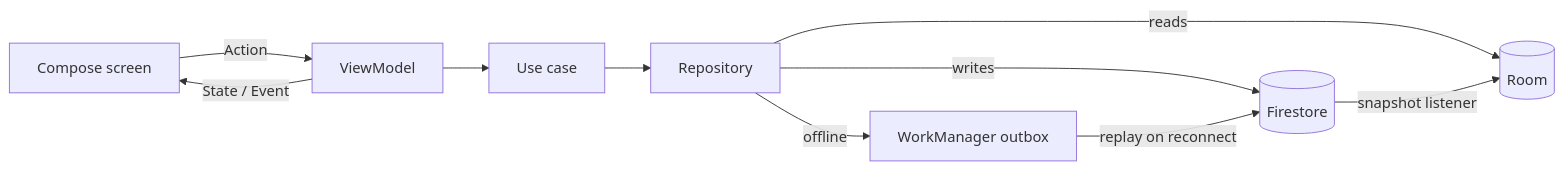
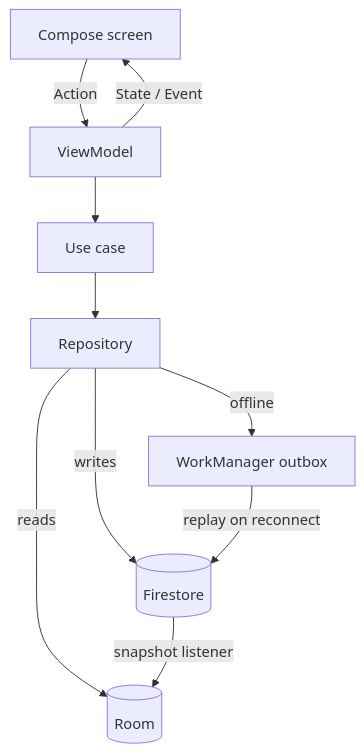
The second of 2 diagrams in README.md (mahakaal2005/Temacker), drawn with Mermaid before and after one commit.

Commit message:
docs(readme): lay the architecture diagram out top-down
GitHub's pan/zoom controls covered the Room node in the wide layout.

````diff
--- a/README.md
+++ b/README.md
@@ -87,12 +87,12 @@
 ```mermaid
-flowchart LR
+flowchart TB
     UI[Compose screen] -- Action --> VM[ViewModel]
     VM -- State / Event --> UI
     VM --> UC[Use case]
     UC --> R[Repository]
     R -- reads --> Room[(Room)]
     FS[(Firestore)] -- snapshot listener --> Room
     R -- writes --> FS
     R -- offline --> Q[WorkManager outbox]
     Q -- replay on reconnect --> FS
 ```
````
